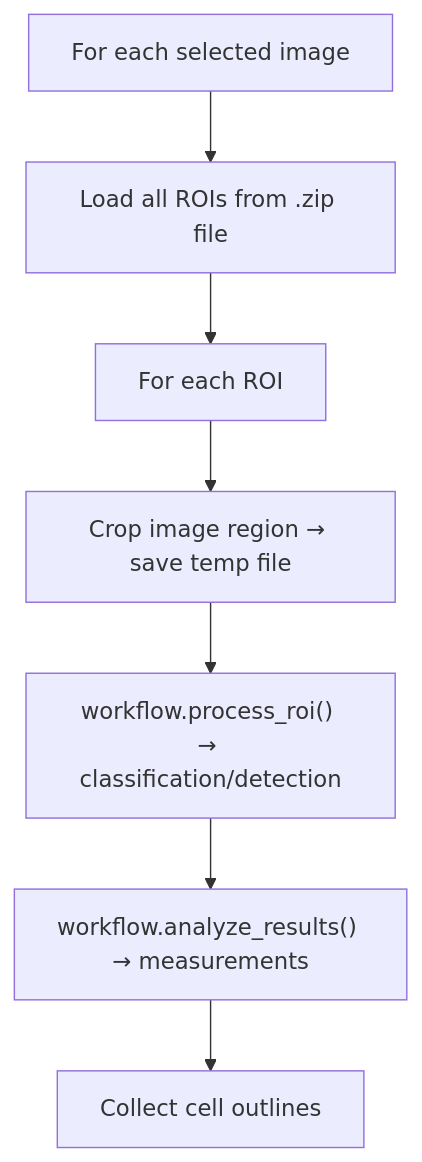
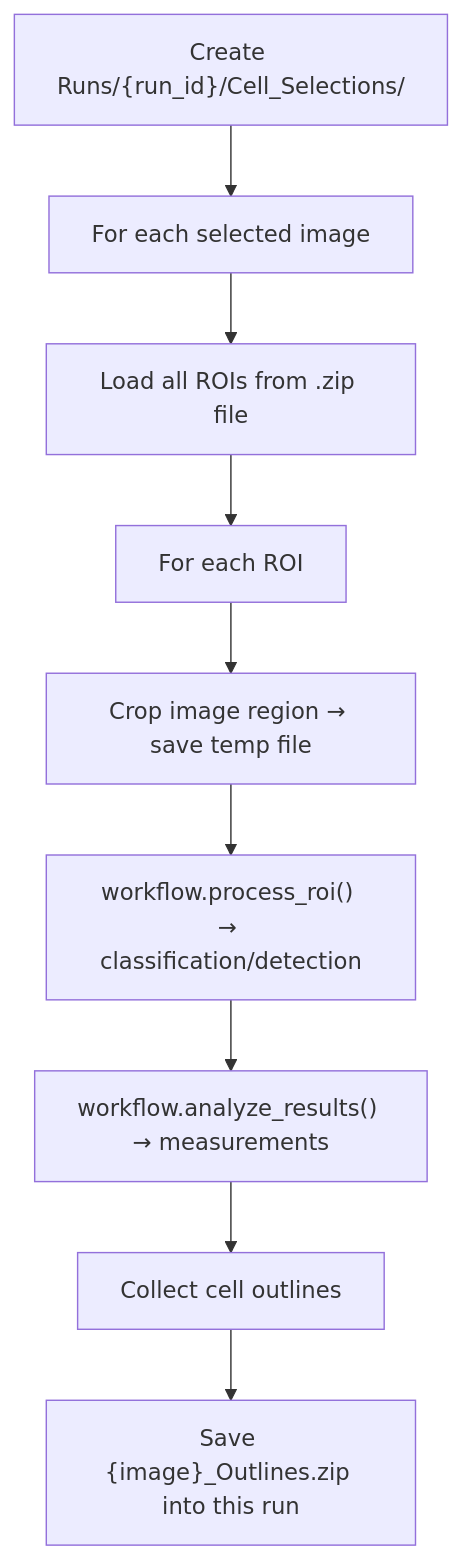
One commit to mrallred/Cell-Quantification-Toolkit changed the second of 3 diagrams in docs/quantification_overview.md. Above: the diagram before and after it, drawn with Mermaid. The commit also changed other lines of this file and 6 other files, not shown here.

````diff
--- a/docs/quantification_overview.md
+++ b/docs/quantification_overview.md
@@ -75,9 +75,11 @@
 ```mermaid
 flowchart TD
+    R["Create Runs/{run_id}/Cell_Selections/"] --> A
     A[For each selected image] --> B[Load all ROIs from .zip file]
     B --> C[For each ROI]
     C --> D["Crop image region → save temp file"]
     D --> E["workflow.process_roi() → classification/detection"]
     E --> F["workflow.analyze_results() → measurements"]
     F --> G[Collect cell outlines]
+    G --> H["Save {image}_Outlines.zip into this run"]
 ```
````
